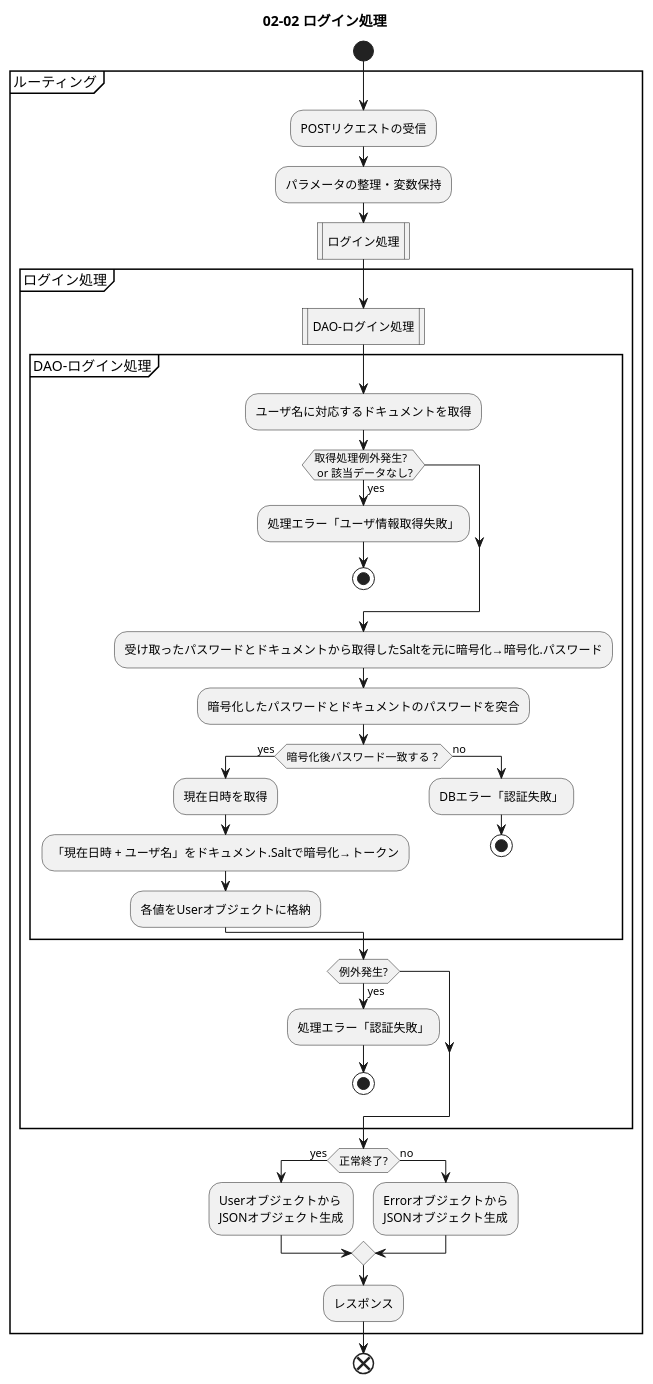
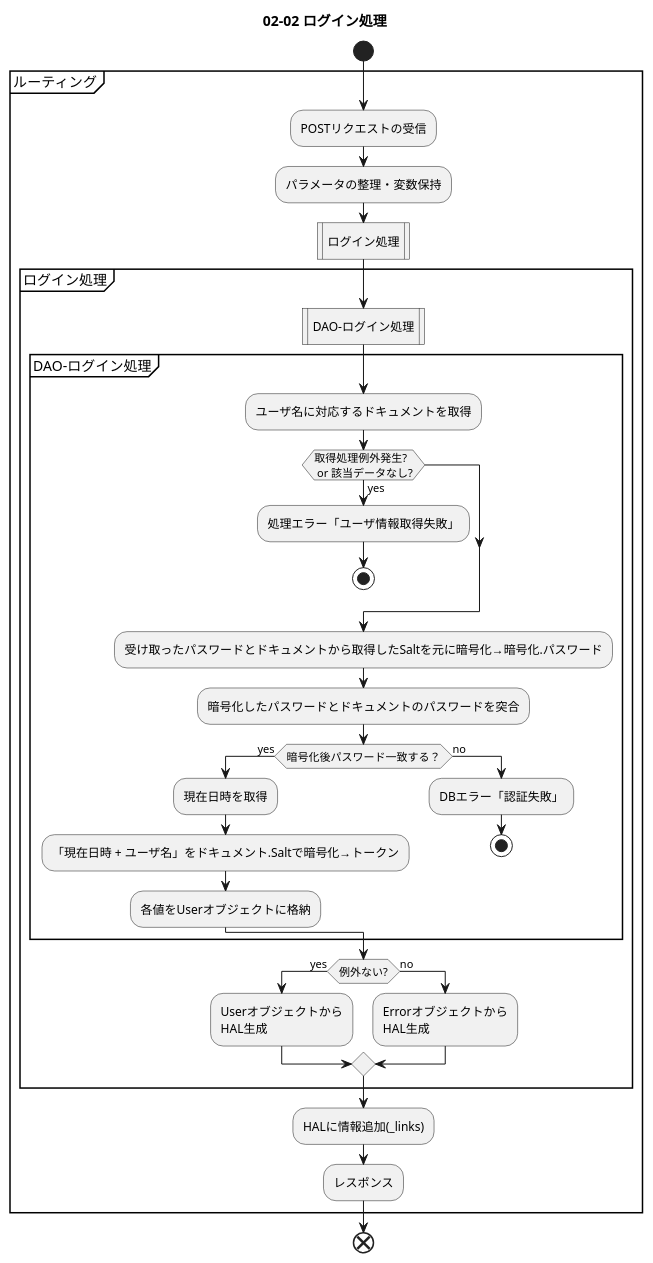
Before and after one commit to filunK/choikini: the diagram in design/02-design/02-02_ACT_login.puml, drawn with PlantUML. The commit also changed 2 other files, not shown here.

```diff
--- a/design/02-design/02-02_ACT_login.puml
+++ b/design/02-design/02-02_ACT_login.puml
@@ -1,61 +1,55 @@
 @startuml 02-02_ACT_ログイン処理
 title 02-02 ログイン処理
     start
     
     partition ルーティング {
 
         :POSTリクエストの受信;
         :パラメータの整理・変数保持;
         
         :ログイン処理|
         partition ログイン処理 {
             
             :DAO-ログイン処理|
             partition DAO-ログイン処理 {
                 
                 :ユーザ名に対応するドキュメントを取得;
                 if (取得処理例外発生? \n or 該当データなし?) then (yes)
                     :処理エラー「ユーザ情報取得失敗」;
                     stop
                     
                 endif
 
                 :受け取ったパスワードとドキュメントから取得したSaltを元に暗号化→暗号化.パスワード;
                 :暗号化したパスワードとドキュメントのパスワードを突合;
 
                 if (暗号化後パスワード一致する？) then (yes)
                     :現在日時を取得;
                     :「現在日時 + ユーザ名」をドキュメント.Saltで暗号化→トークン;
 
                     :各値をUserオブジェクトに格納;
 
                 else (no)
                     :DBエラー「認証失敗」;
                     stop
                     
                 endif
             }
 
 
-            if (例外発生?) then (yes)
-                :処理エラー「認証失敗」;
-                stop
+            if (例外ない?) then (yes)
+                :Userオブジェクトから\nHAL生成;
+            else (no)
+                :Errorオブジェクトから\nHAL生成;
             endif
             
         }
 
-        if (正常終了?) then (yes)
-        :Userオブジェクトから\nJSONオブジェクト生成;
-            
-        else (no)
-        :Errorオブジェクトから\nJSONオブジェクト生成;
-            
-        endif
-        
+        :HALに情報追加(_links);
         :レスポンス;
         
     }
 
     end
 
 @enduml
```
